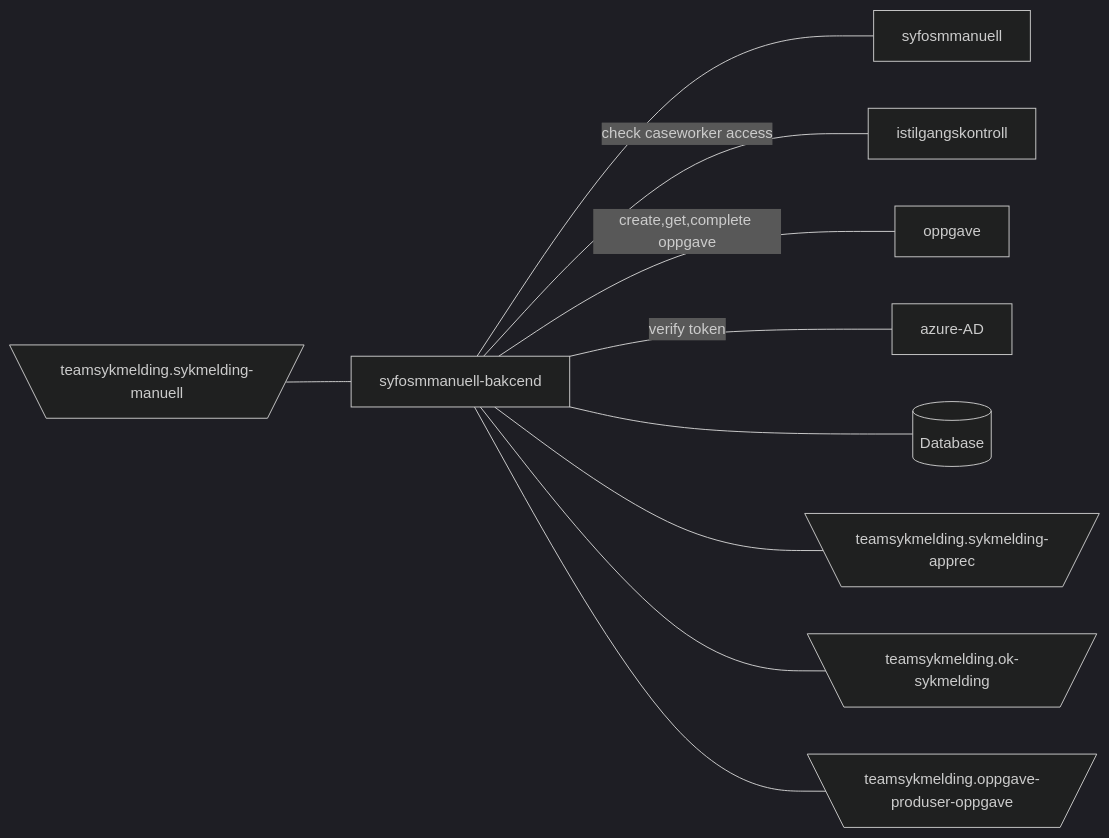
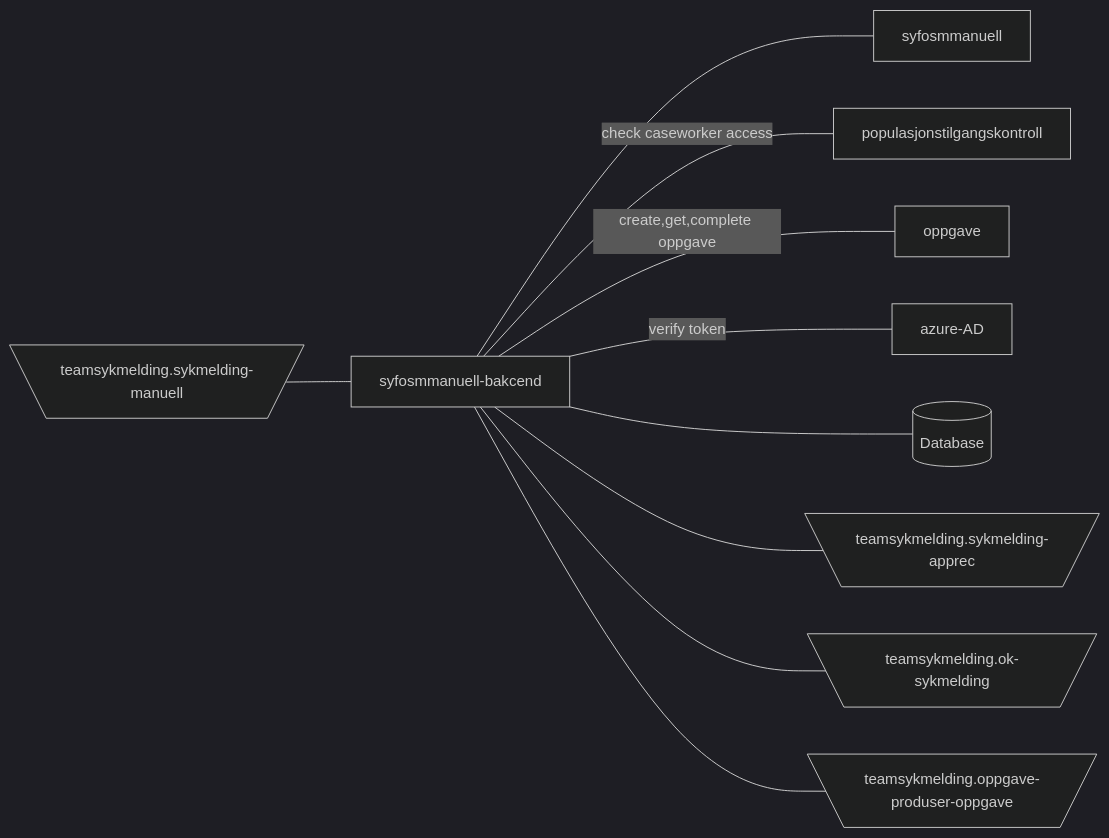
Before and after one commit to navikt/syfosmmanuell-backend: the diagram in README.md, drawn with Mermaid (dark theme). The commit also changed 16 other files, not shown here.

````diff
--- a/README.md
+++ b/README.md
@@ -25,15 +25,15 @@
 ```mermaid
   graph LR
   
       A[\teamsykmelding.sykmelding-manuell/] --- syfosmmanuell-bakcend
       syfosmmanuell-bakcend --- syfosmmanuell
-      syfosmmanuell-bakcend -- check caseworker access --- istilgangskontroll
+      syfosmmanuell-bakcend -- check caseworker access --- populasjonstilgangskontroll
       syfosmmanuell-bakcend -- create,get,complete oppgave --- oppgave
       syfosmmanuell-bakcend -- verify token --- azure-AD
       syfosmmanuell-bakcend --- id1[(Database)]
       
       syfosmmanuell-bakcend --- B[\teamsykmelding.sykmelding-apprec/]
       syfosmmanuell-bakcend --- C[\teamsykmelding.ok-sykmelding/]
       syfosmmanuell-bakcend --- D[\teamsykmelding.oppgave-produser-oppgave/];  
  
 ```
````
